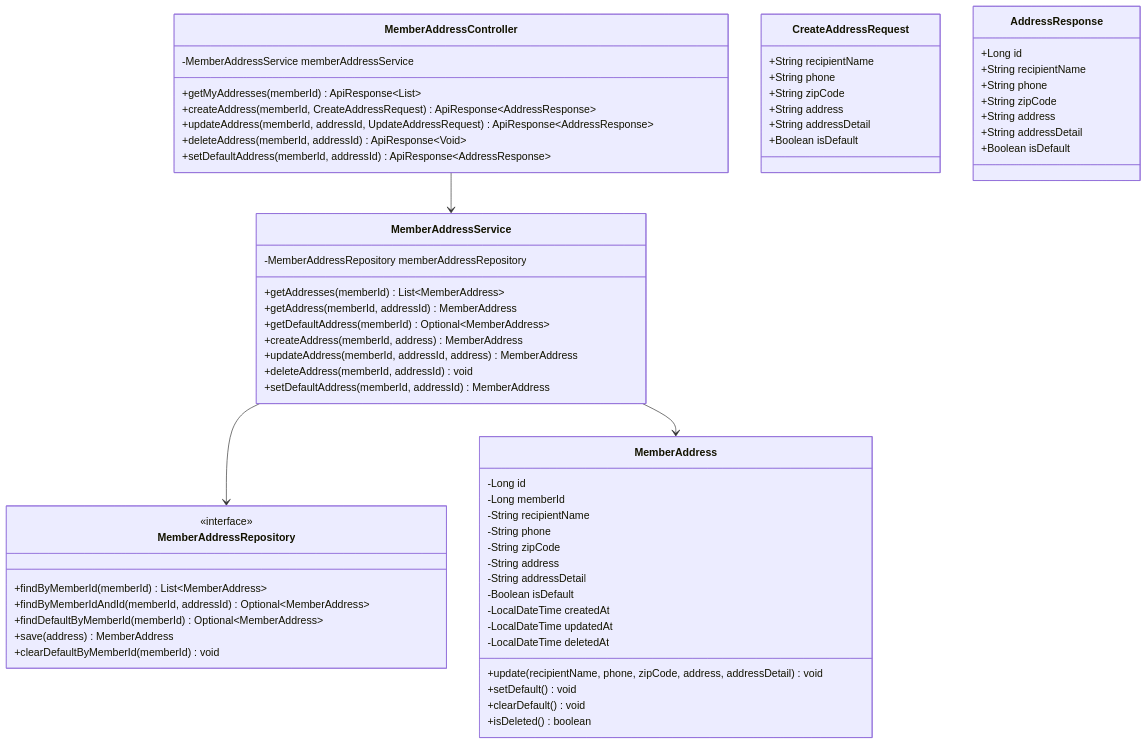
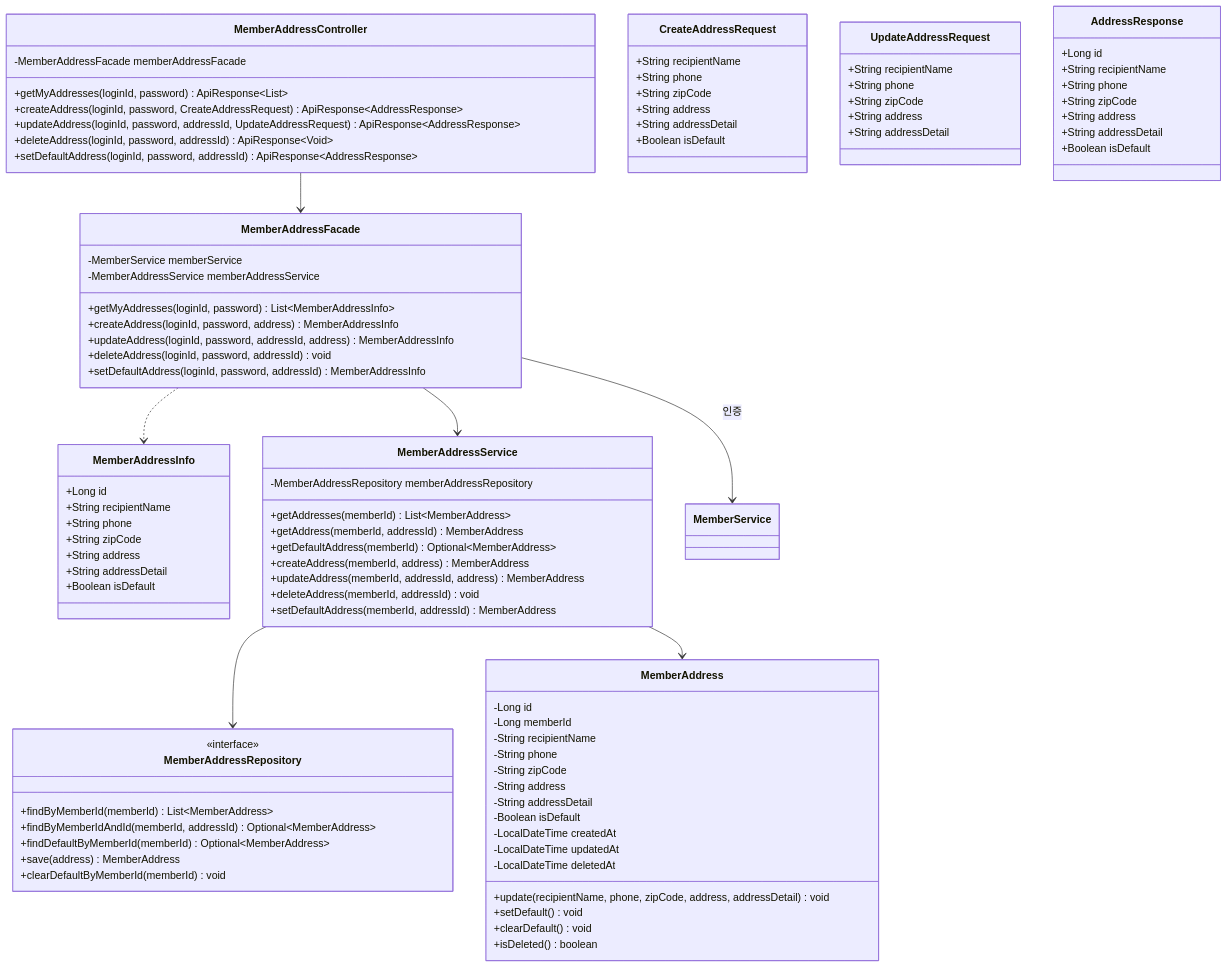
The eighth of 11 diagrams in docs/design/03-class-diagram.md (letter333/loop-pack-be-l2-vol3-java), drawn with Mermaid before and after one commit. The commit also changed other lines of this file and 4 other files, not shown here.

````diff
--- a/docs/design/03-class-diagram.md
+++ b/docs/design/03-class-diagram.md
@@ -872,12 +985,12 @@
 
     %% Interfaces Layer
     class MemberAddressController {
-        -MemberAddressService memberAddressService
-        +getMyAddresses(memberId) ApiResponse~List~
-        +createAddress(memberId, CreateAddressRequest) ApiResponse~AddressResponse~
-        +updateAddress(memberId, addressId, UpdateAddressRequest) ApiResponse~AddressResponse~
-        +deleteAddress(memberId, addressId) ApiResponse~Void~
-        +setDefaultAddress(memberId, addressId) ApiResponse~AddressResponse~
+        -MemberAddressFacade memberAddressFacade
+        +getMyAddresses(loginId, password) ApiResponse~List~
+        +createAddress(loginId, password, CreateAddressRequest) ApiResponse~AddressResponse~
+        +updateAddress(loginId, password, addressId, UpdateAddressRequest) ApiResponse~AddressResponse~
+        +deleteAddress(loginId, password, addressId) ApiResponse~Void~
+        +setDefaultAddress(loginId, password, addressId) ApiResponse~AddressResponse~
     }
 
     class CreateAddressRequest {
@@ -889,7 +1002,36 @@
         +Boolean isDefault
     }
 
+    class UpdateAddressRequest {
+        +String recipientName
+        +String phone
+        +String zipCode
+        +String address
+        +String addressDetail
+    }
+
     class AddressResponse {
+        +Long id
+        +String recipientName
+        +String phone
+        +String zipCode
+        +String address
+        +String addressDetail
+        +Boolean isDefault
+    }
+
+    %% Application Layer
+    class MemberAddressFacade {
+        -MemberService memberService
+        -MemberAddressService memberAddressService
+        +getMyAddresses(loginId, password) List~MemberAddressInfo~
+        +createAddress(loginId, password, address) MemberAddressInfo
+        +updateAddress(loginId, password, addressId, address) MemberAddressInfo
+        +deleteAddress(loginId, password, addressId) void
+        +setDefaultAddress(loginId, password, addressId) MemberAddressInfo
+    }
+
+    class MemberAddressInfo {
         +Long id
         +String recipientName
         +String phone
@@ -940,7 +1082,10 @@
     }
 
     %% Relationships
-    MemberAddressController --> MemberAddressService
+    MemberAddressController --> MemberAddressFacade
+    MemberAddressFacade --> MemberService : 인증
+    MemberAddressFacade --> MemberAddressService
+    MemberAddressFacade ..> MemberAddressInfo
     MemberAddressService --> MemberAddressRepository
     MemberAddressService --> MemberAddress
 ```
````
